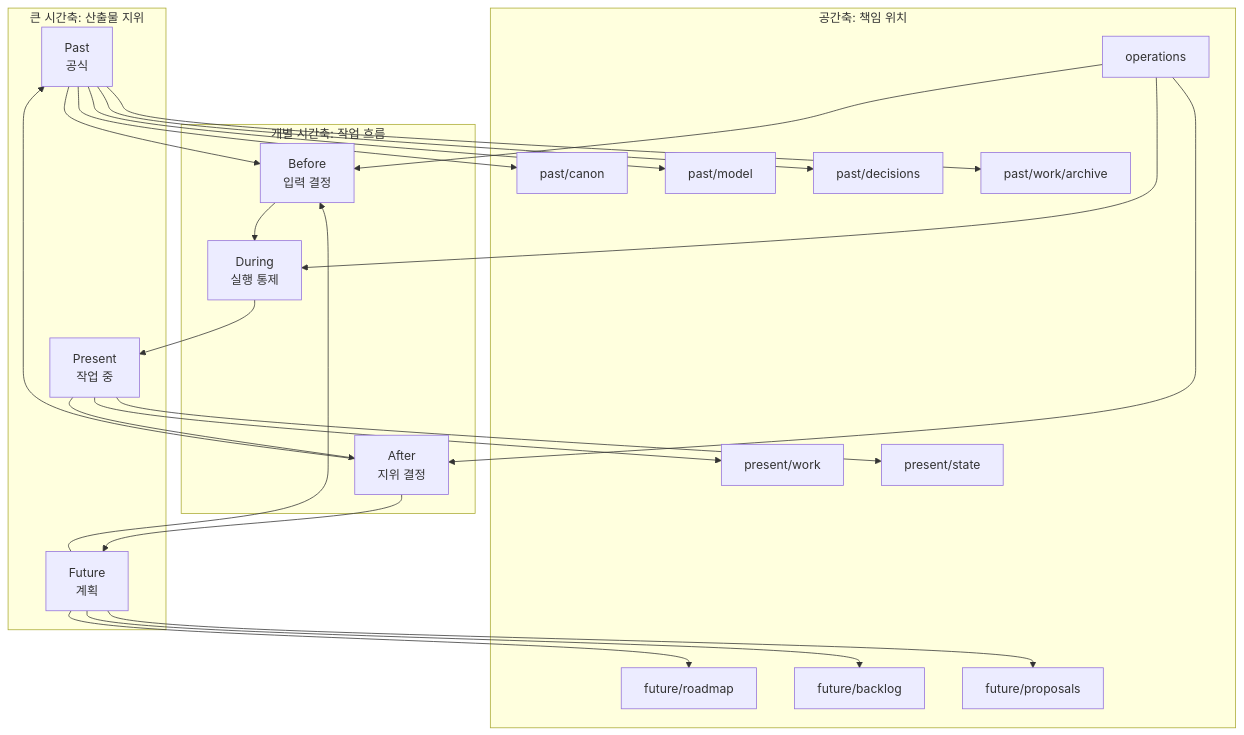
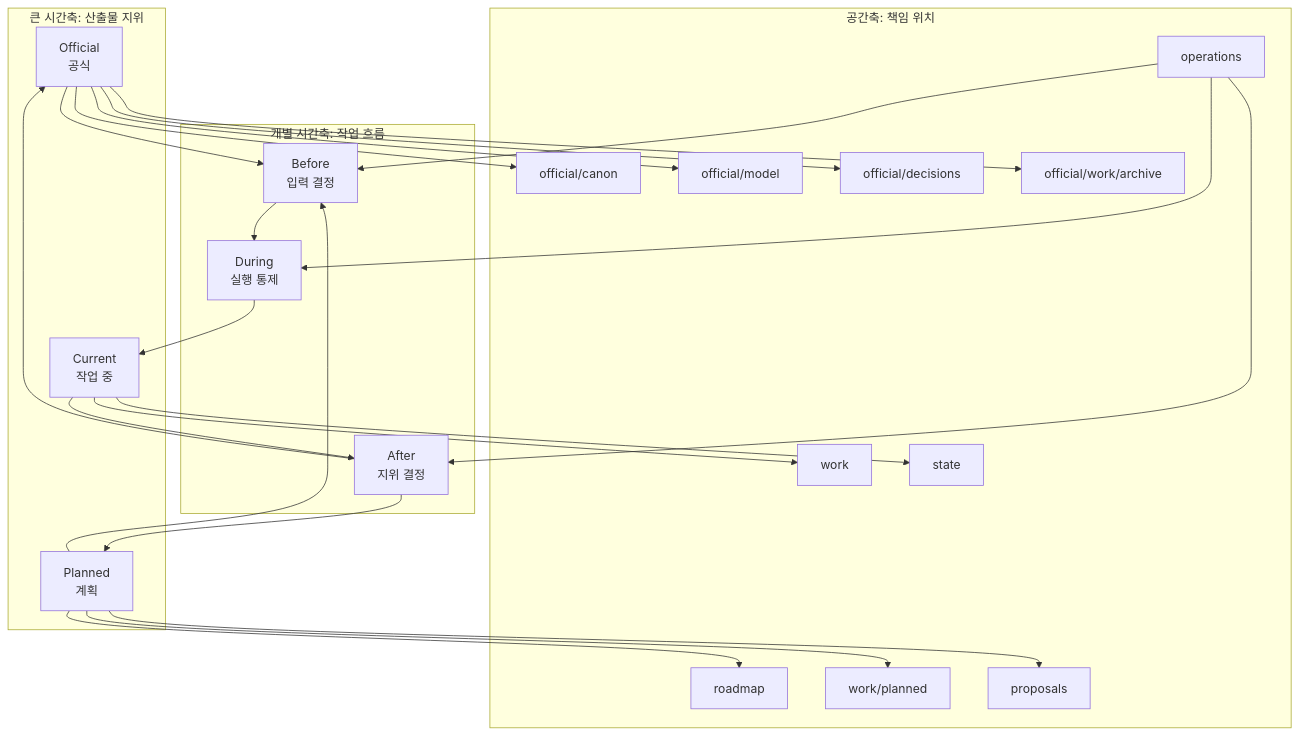
Before and after one commit to noory-code/noory-ai: the fifth of 16 diagrams in stage/docs/BLUEPRINT.md, drawn with Mermaid. The commit also changed other lines of this file and 12 other files, not shown here.

First line of the commit message:
docs(stage): rewrite concept-layer docs to schema v4 vocabulary (C9, W-00000039)

````diff
--- a/stage/docs/BLUEPRINT.md
+++ b/stage/docs/BLUEPRINT.md
@@ -130,48 +121,48 @@
 ```mermaid
 flowchart TB
   subgraph Global["큰 시간축: 산출물 지위"]
-    GPast["Past\n공식"]
-    GPresent["Present\n작업 중"]
-    GFuture["Future\n계획"]
+    GOfficial["Official\n공식"]
+    GCurrent["Current\n작업 중"]
+    GPlanned["Planned\n계획"]
   end
 
   subgraph Local["개별 시간축: 작업 흐름"]
     LBefore["Before\n입력 결정"]
     LDuring["During\n실행 통제"]
     LAfter["After\n지위 결정"]
   end
 
   subgraph Space["공간축: 책임 위치"]
-    SCanon["past/canon"]
-    SModel["past/model"]
-    SDecisions["past/decisions"]
-    SArchive["past/work/archive"]
-    SWork["present/work"]
-    SState["present/state"]
-    SRoadmap["future/roadmap"]
-    SBacklog["future/backlog"]
-    SProposal["future/proposals"]
+    SCanon["official/canon"]
+    SModel["official/model"]
+    SDecisions["official/decisions"]
+    SArchive["official/work/archive"]
+    SWork["work"]
+    SState["state"]
+    SRoadmap["roadmap"]
+    SPlanned["work/planned"]
+    SProposal["proposals"]
     SOps["operations"]
   end
 
-  GPast --> LBefore
-  GFuture --> LBefore
+  GOfficial --> LBefore
+  GPlanned --> LBefore
   LBefore --> LDuring
-  LDuring --> GPresent
-  GPresent --> LAfter
-  LAfter --> GPast
-  LAfter --> GFuture
+  LDuring --> GCurrent
+  GCurrent --> LAfter
+  LAfter --> GOfficial
+  LAfter --> GPlanned
 
-  GPast --> SCanon
-  GPast --> SModel
-  GPast --> SDecisions
-  GPast --> SArchive
-  GPresent --> SWork
-  GPresent --> SState
-  GFuture --> SRoadmap
-  GFuture --> SBacklog
-  GFuture --> SProposal
+  GOfficial --> SCanon
+  GOfficial --> SModel
+  GOfficial --> SDecisions
+  GOfficial --> SArchive
+  GCurrent --> SWork
+  GCurrent --> SState
+  GPlanned --> SRoadmap
+  GPlanned --> SPlanned
+  GPlanned --> SProposal
   SOps --> LBefore
   SOps --> LDuring
   SOps --> LAfter
 ```
````
